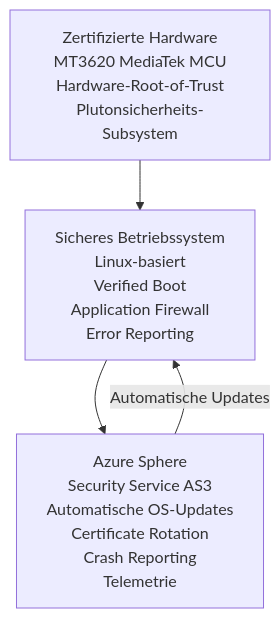
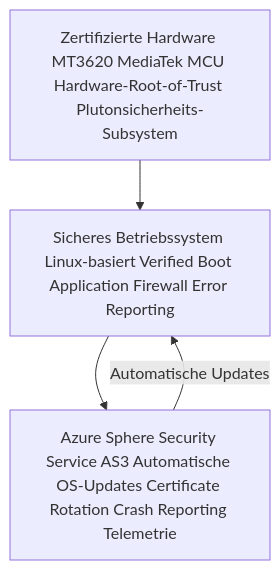
One commit to SoniiiT/notes-n-docs changed the first of 6 diagrams in Microsoft 365/Azure/IoT/Azure Sphere.md. Above: the diagram before and after it, drawn with Mermaid. The commit also changed other lines of this file and 124 other files, not shown here.

First line of the commit message:
fix: Entferne \n aus allen Mermaid-Diagrammen (125 Dateien)

````diff
--- a/Microsoft 365/Azure/IoT/Azure Sphere.md
+++ b/Microsoft 365/Azure/IoT/Azure Sphere.md
@@ -19,9 +19,9 @@
 ```mermaid
 graph TD
-    HW["Zertifizierte Hardware\nMT3620 MediaTek MCU\nHardware-Root-of-Trust\nPlutonsicherheits-Subsystem"]
-    OS["Sicheres Betriebssystem\nLinux-basiert\nVerified Boot\nApplication Firewall\nError Reporting"]
-    AS3["Azure Sphere\nSecurity Service AS3\nAutomatische OS-Updates\nCertificate Rotation\nCrash Reporting\nTelemetrie"]
+    HW["Zertifizierte Hardware MT3620 MediaTek MCU Hardware-Root-of-Trust Plutonsicherheits-Subsystem"]
+    OS["Sicheres Betriebssystem Linux-basiert Verified Boot Application Firewall Error Reporting"]
+    AS3["Azure Sphere Security Service AS3 Automatische OS-Updates Certificate Rotation Crash Reporting Telemetrie"]
     HW --> OS
     OS --> AS3
     AS3 -->|Automatische Updates| OS
 ```
````
